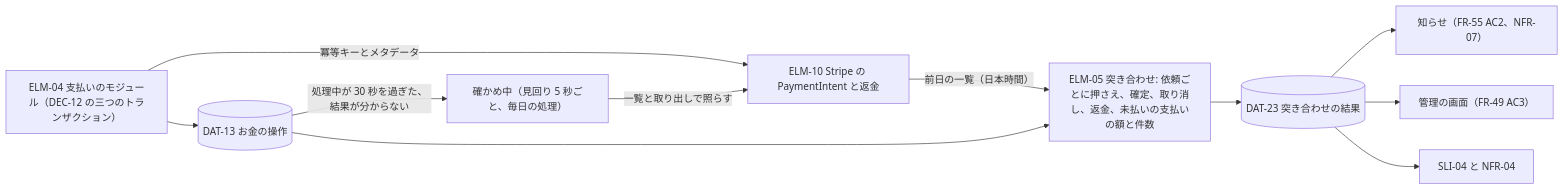
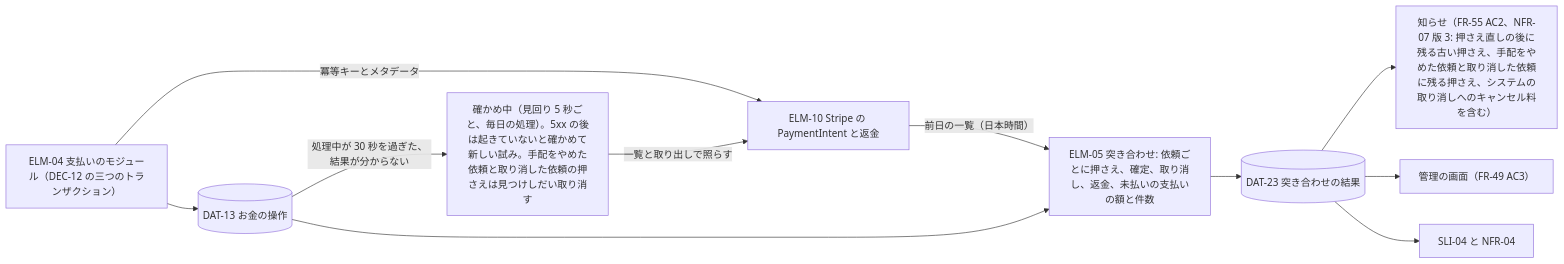
Diagram 35 of 44 in docs/design/3-high-level-design.md (Taro000/ride-hailing-app-demo), drawn with Mermaid before and after one commit. The commit also changed other lines of this file and 92 other files, not shown here.

First line of the commit message:
architecture-to-high-level-design 再実行: 指摘 FND-30〜43・45〜48 を受け入れ、第 2 段階と品質チェーンの再実行に追随する

````diff
--- a/docs/design/3-high-level-design.md
+++ b/docs/design/3-high-level-design.md
@@ -1597,13 +1895,13 @@
 ```mermaid
 flowchart LR
   OP["ELM-04 支払いのモジュール（DEC-12 の三つのトランザクション）"] -->|"冪等キーとメタデータ"| ST["ELM-10 Stripe の PaymentIntent と返金"]
   OP --> M[("DAT-13 お金の操作")]
-  M -->|"処理中が 30 秒を過ぎた、結果が分からない"| CHK["確かめ中（見回り 5 秒ごと、毎日の処理）"]
+  M -->|"処理中が 30 秒を過ぎた、結果が分からない"| CHK["確かめ中（見回り 5 秒ごと、毎日の処理）。5xx の後は起きていないと確かめて新しい試み。手配をやめた依頼と取り消した依頼の押さえは見つけしだい取り消す"]
   CHK -->|"一覧と取り出しで照らす"| ST
   ST -->|"前日の一覧（日本時間）"| REC["ELM-05 突き合わせ: 依頼ごとに押さえ、確定、取り消し、返金、未払いの支払いの額と件数"]
   M --> REC
   REC --> RES[("DAT-23 突き合わせの結果")]
-  RES --> N["知らせ（FR-55 AC2、NFR-07）"]
+  RES --> N["知らせ（FR-55 AC2、NFR-07 版 3: 押さえ直しの後に残る古い押さえ、手配をやめた依頼と取り消した依頼に残る押さえ、システムの取り消しへのキャンセル料を含む）"]
   RES --> FR49["管理の画面（FR-49 AC3）"]
   RES --> SLI4["SLI-04 と NFR-04"]
 ```
````
